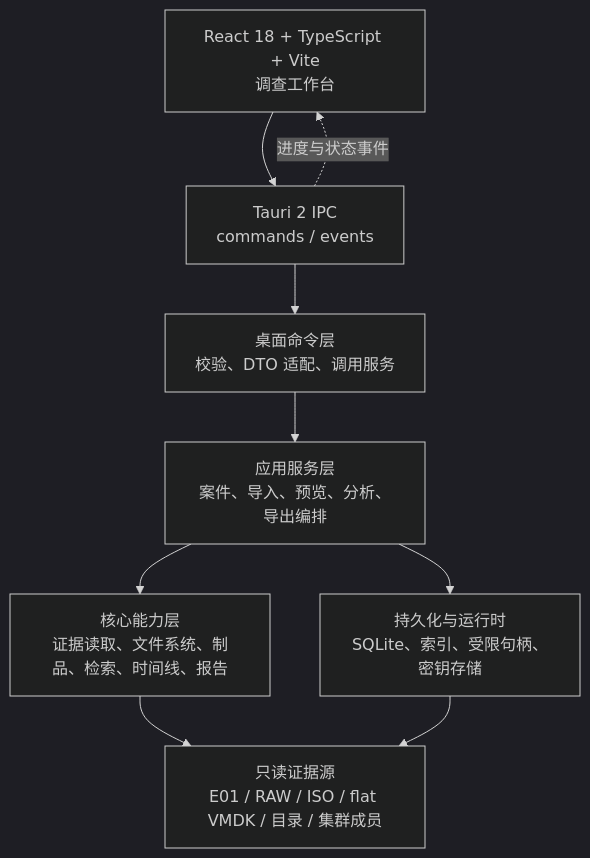
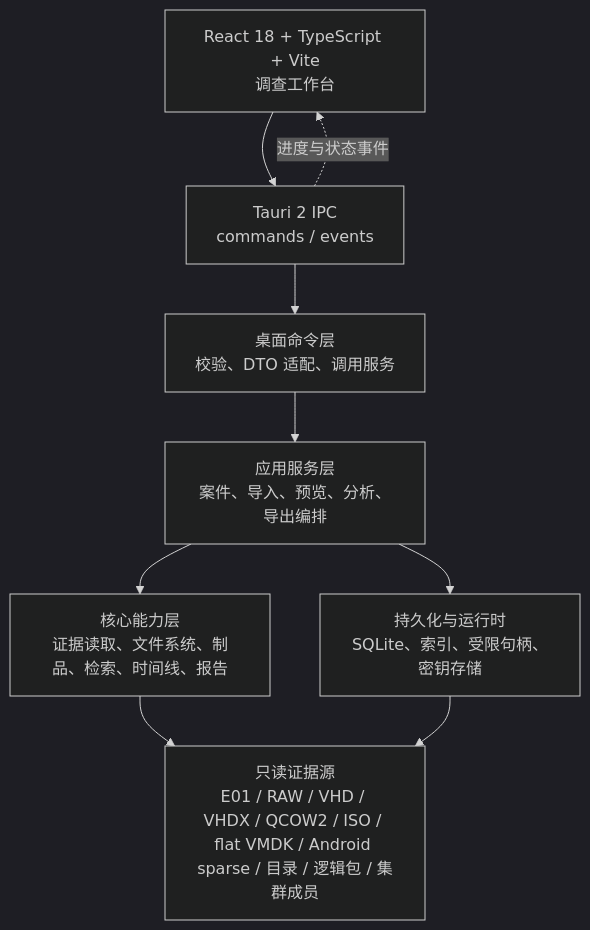
One commit to lQ-A-Ql/meow-detective changed the first of 5 diagrams in README.md. Above: the diagram before and after it, drawn with Mermaid (dark theme). The commit also changed other lines of this file, not shown here.

````diff
--- a/README.md
+++ b/README.md
@@ -109,17 +119,17 @@
 ```mermaid
 flowchart TB
     UI["React 18 + TypeScript + Vite\n调查工作台"]
     IPC["Tauri 2 IPC\ncommands / events"]
     CMD["桌面命令层\n校验、DTO 适配、调用服务"]
     SVC["应用服务层\n案件、导入、预览、分析、导出编排"]
     CORE["核心能力层\n证据读取、文件系统、制品、检索、时间线、报告"]
     STORE["持久化与运行时\nSQLite、索引、受限句柄、密钥存储"]
-    EVIDENCE["只读证据源\nE01 / RAW / ISO / flat VMDK / 目录 / 集群成员"]
+    EVIDENCE["只读证据源\nE01 / RAW / VHD / VHDX / QCOW2 / ISO / flat VMDK / Android sparse / 目录 / 逻辑包 / 集群成员"]
 
     UI --> IPC --> CMD --> SVC
     SVC --> CORE
     SVC --> STORE
     CORE --> EVIDENCE
     STORE --> EVIDENCE
     IPC -. "进度与状态事件" .-> UI
 ```
````
